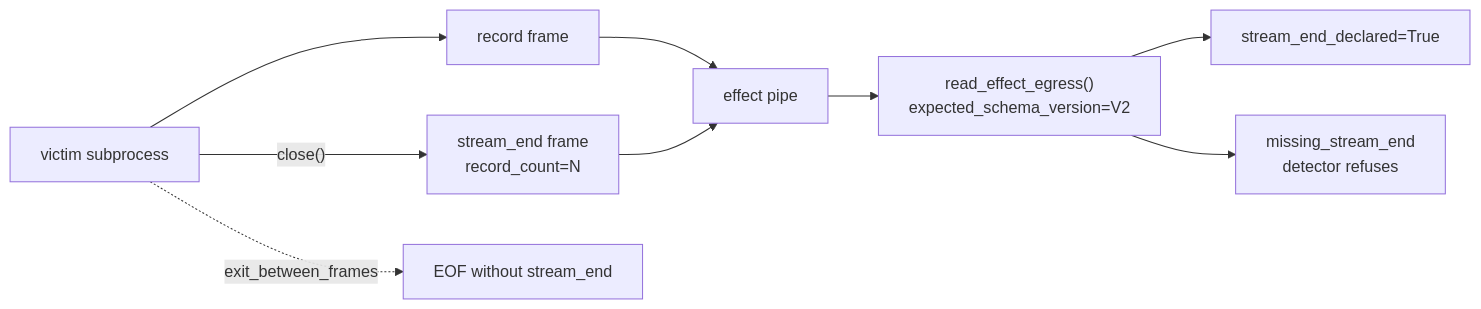
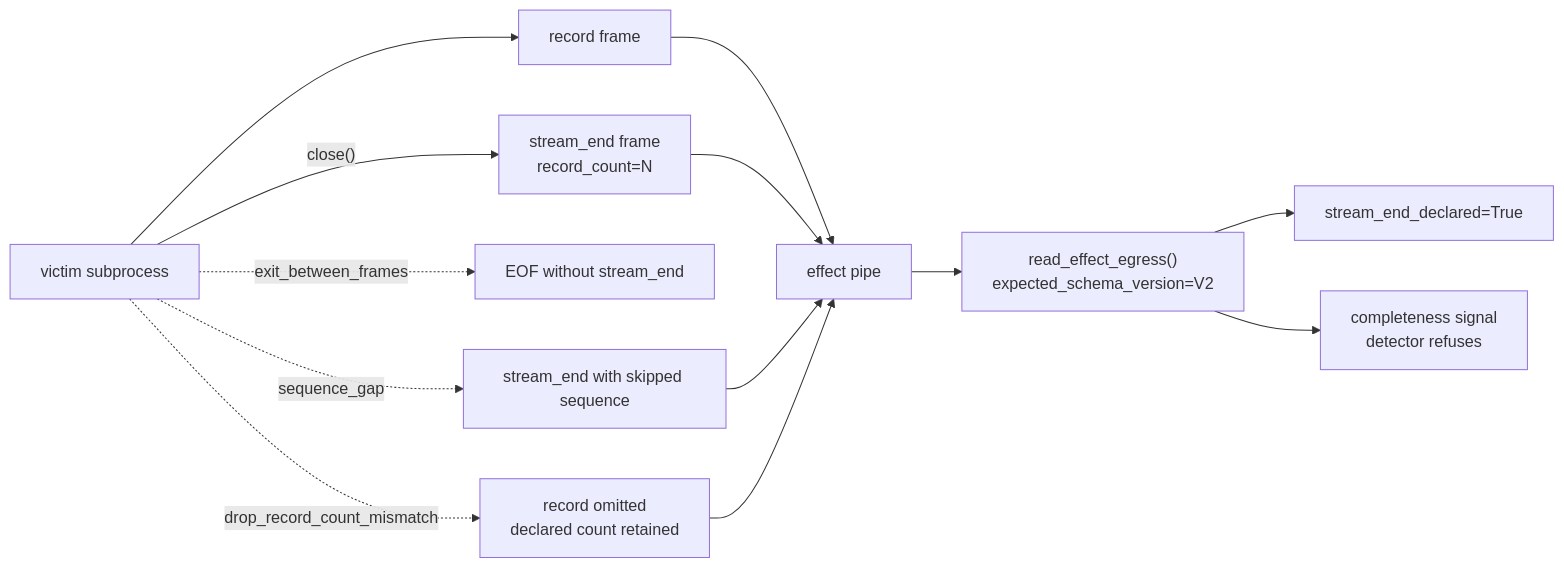
One commit to nirosen/labs-OO-Agents changed the first of 8 diagrams in examples/security_hardening/README.md. Above: the diagram before and after it, drawn with Mermaid. The commit also changed other lines of this file and 7 other files, not shown here.

````diff
--- a/examples/security_hardening/README.md
+++ b/examples/security_hardening/README.md
@@ -11,11 +11,15 @@
 ```mermaid
 flowchart LR
     V["victim subprocess"] --> R["record frame"]
     R --> P["effect pipe"]
     V -- "close()" --> E["stream_end frame<br/>record_count=N"]
     E --> P
     V -. "exit_between_frames" .-> M["EOF without stream_end"]
+    V -. "sequence_gap" .-> G["stream_end with skipped sequence"]
+    V -. "drop_record_count_mismatch" .-> D["record omitted<br/>declared count retained"]
+    G --> P
+    D --> P
     P --> C["read_effect_egress()<br/>expected_schema_version=V2"]
     C --> OK["stream_end_declared=True"]
-    C --> X["missing_stream_end<br/>detector refuses"]
+    C --> X["completeness signal<br/>detector refuses"]
 ```
````
